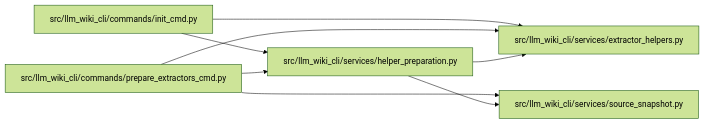
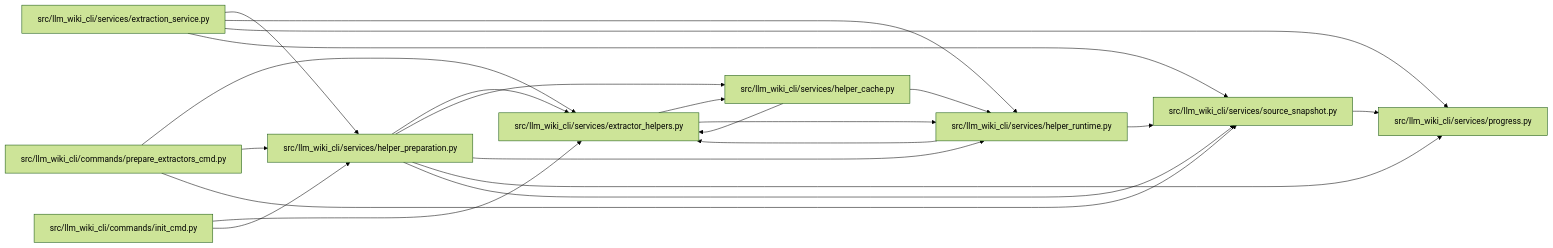
One commit to Denissvgn/python-wiki-llm changed the diagram in docs/llm_wiki/modules/helper_preparation.md. Above: the diagram before and after it, drawn with Mermaid (forest theme). The commit also changed other lines of this file and 761 other files, not shown here.

Commit message:
docs: sync the project wiki with the helper and release improvements

````diff
--- a/docs/llm_wiki/modules/helper_preparation.md
+++ b/docs/llm_wiki/modules/helper_preparation.md
@@ -32,20 +38,42 @@
 ```mermaid
 flowchart LR
     n0["src/llm_wiki_cli/commands/init_cmd.py"]
     n1["src/llm_wiki_cli/commands/prepare_extractors_cmd.py"]
-    n2["src/llm_wiki_cli/services/extractor_helpers.py"]
-    n3["src/llm_wiki_cli/services/helper_preparation.py"]
-    n4["src/llm_wiki_cli/services/source_snapshot.py"]
-    n0 --> n2
+    n2["src/llm_wiki_cli/services/extraction_service.py"]
+    n3["src/llm_wiki_cli/services/extractor_helpers.py"]
+    n4["src/llm_wiki_cli/services/helper_cache.py"]
+    n5["src/llm_wiki_cli/services/helper_preparation.py"]
+    n6["src/llm_wiki_cli/services/helper_runtime.py"]
+    n7["src/llm_wiki_cli/services/progress.py"]
+    n8["src/llm_wiki_cli/services/source_snapshot.py"]
     n0 --> n3
-    n1 --> n2
+    n0 --> n5
     n1 --> n3
-    n1 --> n4
-    n3 --> n2
+    n1 --> n5
+    n1 --> n8
+    n2 --> n5
+    n2 --> n6
+    n2 --> n7
+    n2 --> n8
     n3 --> n4
+    n3 --> n6
+    n4 --> n3
+    n4 --> n6
+    n5 --> n3
+    n5 --> n4
+    n5 --> n6
+    n5 --> n7
+    n5 --> n8
+    n6 --> n3
+    n6 --> n8
+    n8 --> n7
     click n0 "../modules/init_cmd.md"
     click n1 "../modules/prepare_extractors_cmd.md"
-    click n2 "../modules/extractor_helpers.md"
-    click n3 "../modules/helper_preparation.md"
-    click n4 "../modules/source_snapshot.md"
+    click n2 "../modules/extraction_service.md"
+    click n3 "../modules/extractor_helpers.md"
+    click n4 "../modules/helper_cache.md"
+    click n5 "../modules/helper_preparation.md"
+    click n6 "../modules/helper_runtime.md"
+    click n7 "../modules/progress.md"
+    click n8 "../modules/source_snapshot.md"
 ```
````
